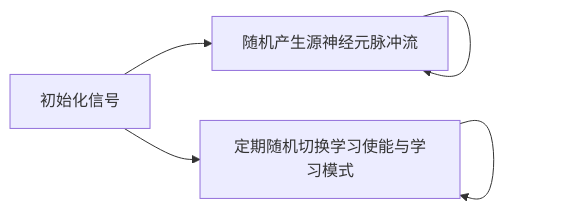
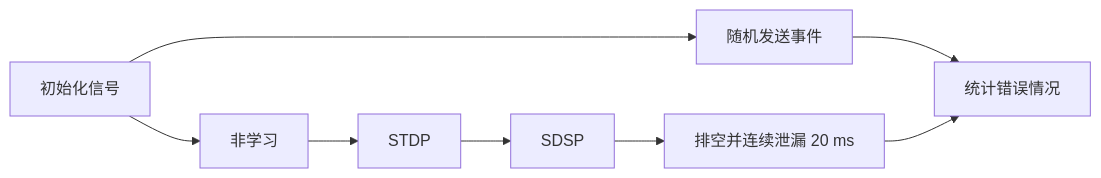
Before and after one commit to ETOH6O3/SNN_accelerator: the first of 2 diagrams in srcs/sim/sim_snn_acc/README.md, drawn with Mermaid. The commit also changed other lines of this file and 6 other files, not shown here.

Commit message:
修改 srcs\sim\sim_snn_acc： - 将测试平台改为有限激励：非学习、STDP、SDSP 三阶段，每阶段 3000 个事件。 - 使用 DUT 实际 RAM 仿真模型的 memory 初始化参考内存。 - 自动检查：   - UPDATE_I / UPDATE_II 神经元计算；   - 读写地址范围；   - 神经元和突触写事务；   - AER 输出数量及目标地址范围。 - 修正 AER 数据有效位问题后的仿真已实际产生输出事件。 - 统一错误统计和 $finish(error_count) 报告。 - 更新了面向导师的简明仿真文档。

````diff
--- a/srcs/sim/sim_snn_acc/README.md
+++ b/srcs/sim/sim_snn_acc/README.md
@@ -20,9 +27,13 @@
 ```mermaid
 flowchart LR
     INIT[初始化信号]
-    TASK1[随机产生源神经元脉冲流]
-    TASK2[定期随机切换学习使能与学习模式]
-    INIT --> TASK1 & TASK2
-    TASK1 --> TASK1
-    TASK2 --> TASK2
+    TASK1[随机发送事件]
+    TASK2[非学习]
+    TASK3[STDP]
+    TASK4[SDSP]
+    DRAIN[排空并连续泄漏 20 ms]
+    INIT --> TASK1
+    TASK1 --> END
+    INIT --> TASK2 --> TASK3 --> TASK4 --> DRAIN
+    DRAIN --> END[统计错误情况]
 ```
````
